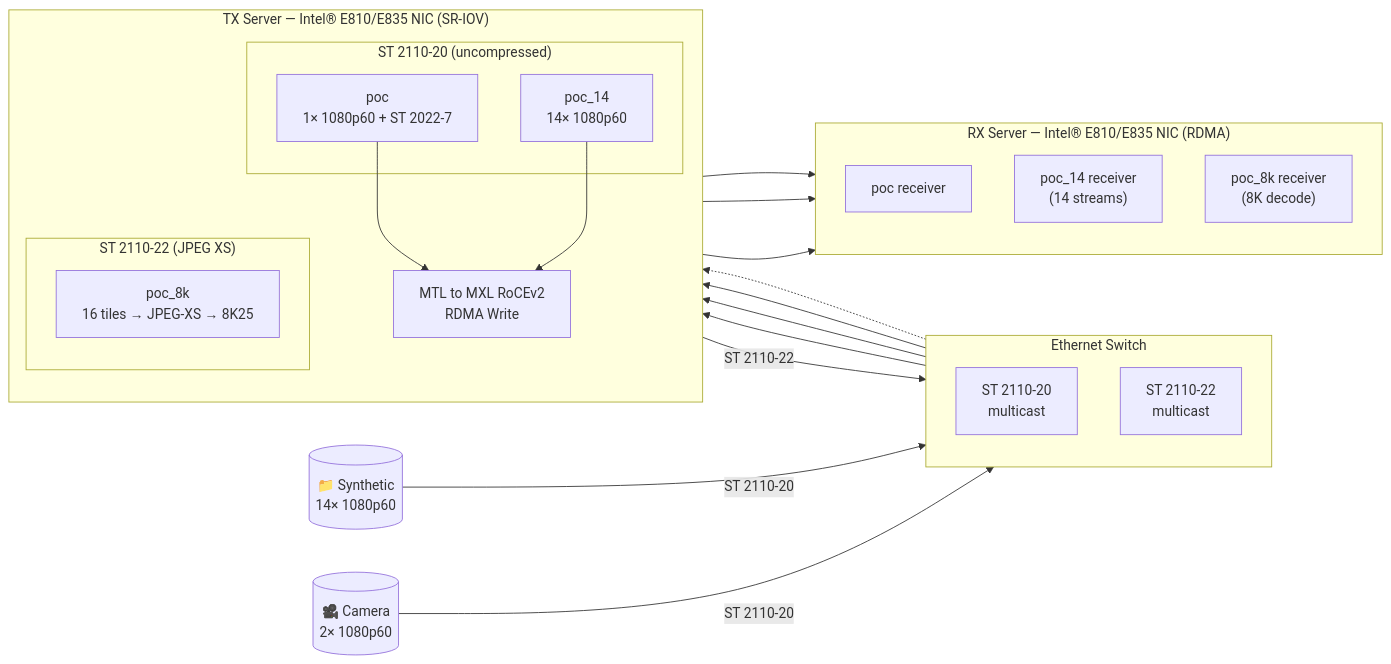
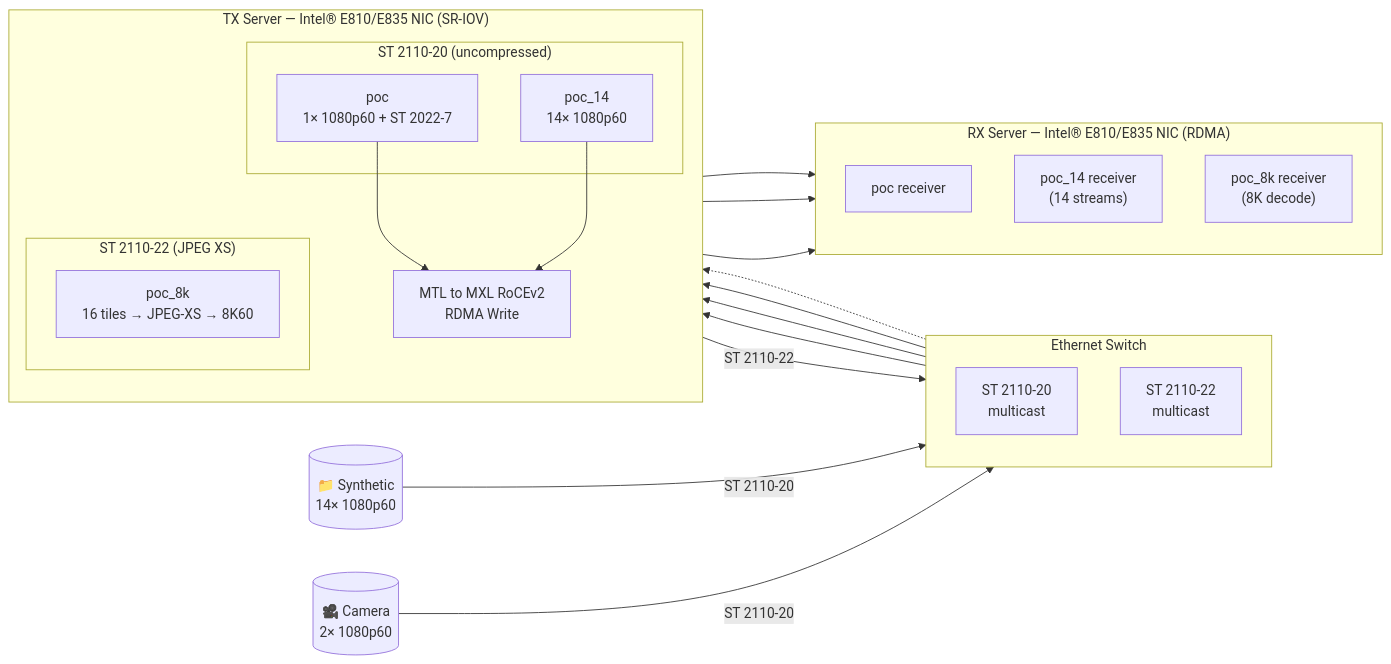
Before and after one commit to OpenVisualCloud/Media-Transport-Library: the fourth of 4 diagrams in ecosystem/MTL_with_MXL/README.md, drawn with Mermaid. The commit also changed other lines of this file and 43 other files, not shown here.

````diff
--- a/ecosystem/MTL_with_MXL/README.md
+++ b/ecosystem/MTL_with_MXL/README.md
@@ -156,41 +154,41 @@
 ```mermaid
 flowchart LR
     CAM[("🎥 Camera<br>2× 1080p60")]
     SRC[("📁 Synthetic<br>14× 1080p60")]
 
     subgraph SW["Ethernet Switch"]
         direction TB
         MC20["ST 2110-20<br>multicast"]
         MC22["ST 2110-22<br>multicast"]
     end
 
     subgraph TX["TX Server — Intel® E810/E835 NIC (SR-IOV)"]
         direction TB
         subgraph RAW["ST 2110-20 (uncompressed)"]
             P1["poc<br>1× 1080p60 + ST 2022-7"]
             P2["poc_14<br>14× 1080p60"]
         end
         subgraph COMP["ST 2110-22 (JPEG XS)"]
-            P3["poc_8k<br>16 tiles → JPEG-XS → 8K25"]
+            P3["poc_8k<br>16 tiles → JPEG-XS → 8K60"]
         end
         RDMA["MTL to MXL RoCEv2<br>RDMA Write"]
     end
 
     subgraph RX["RX Server — Intel® E810/E835 NIC (RDMA)"]
         direction TB
         R1["poc receiver"]
         R2["poc_14 receiver<br>(14 streams)"]
         R3["poc_8k receiver<br>(8K decode)"]
     end
 
     CAM -- "ST 2110-20" --> MC20
     SRC -- "ST 2110-20" --> MC20
     MC20 --> P1 & P2
     MC20 --> P3
     P3 -- "ST 2110-22" --> MC22
 
     P1 & P2 --> RDMA
     MC22 -.-> RDMA
 
     RDMA --> R1 & R2 & R3
 ```
````
